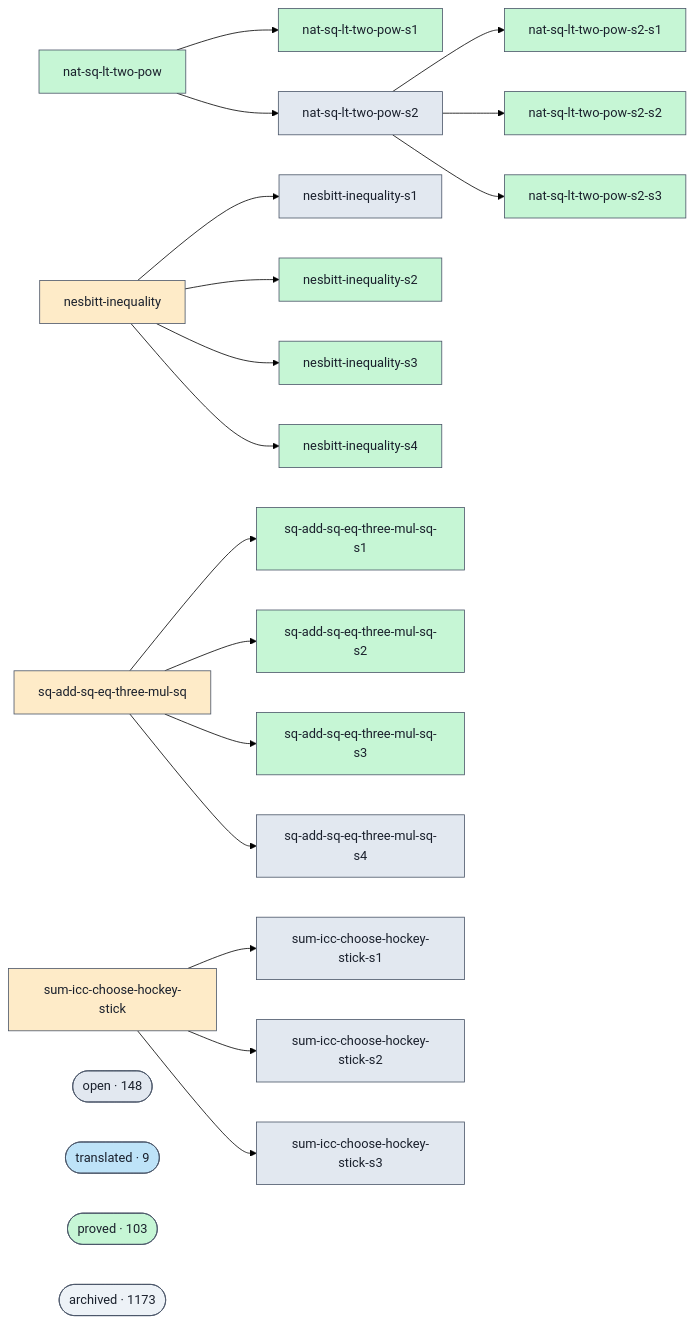
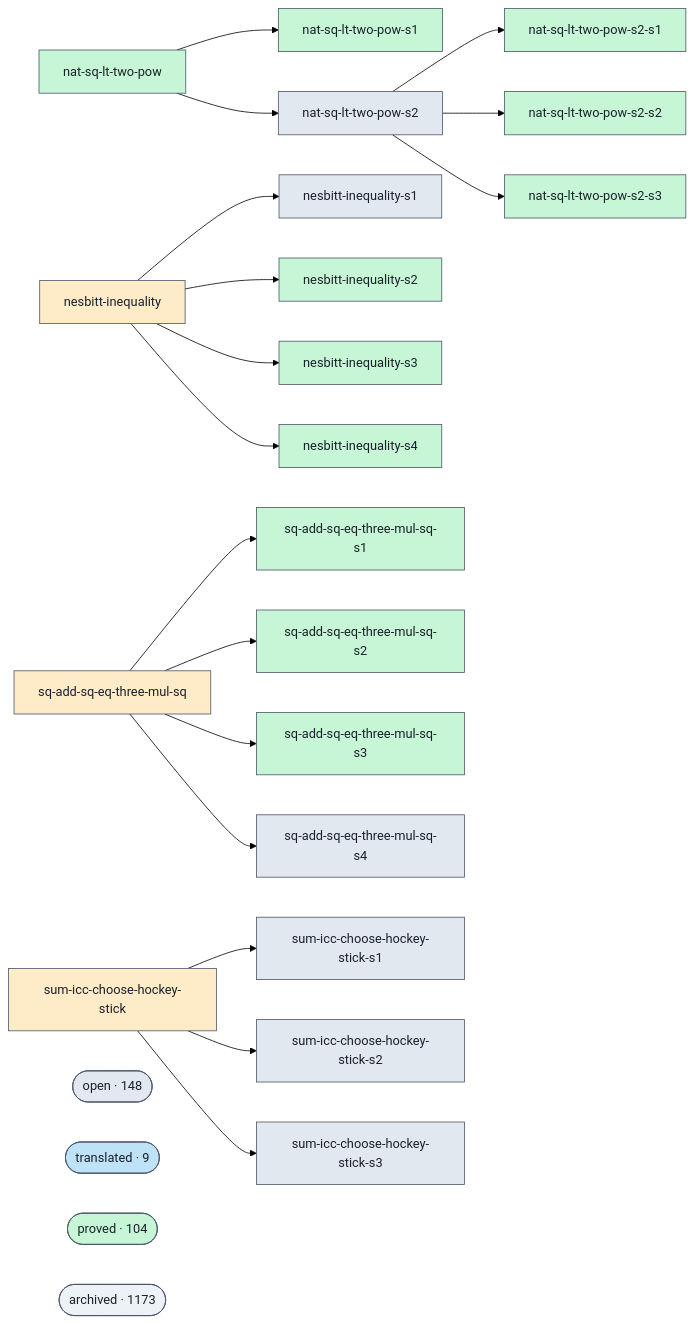
Before and after one commit to ohdearquant/unsorry: the diagram in docs/proofs-contributors-visualisation.md, drawn with Mermaid (forest theme). The commit also changed other lines of this file and 2 other files, not shown here.

```diff
--- a/docs/proofs-contributors-visualisation.md
+++ b/docs/proofs-contributors-visualisation.md
@@ -102,7 +102,7 @@
   class cluster_open open;
   cluster_translated(["translated · 9"])
   class cluster_translated translated;
-  cluster_proved(["proved · 103"])
+  cluster_proved(["proved · 104"])
   class cluster_proved proved;
   cluster_archived(["archived · 1173"])
   class cluster_archived unknown;
```
